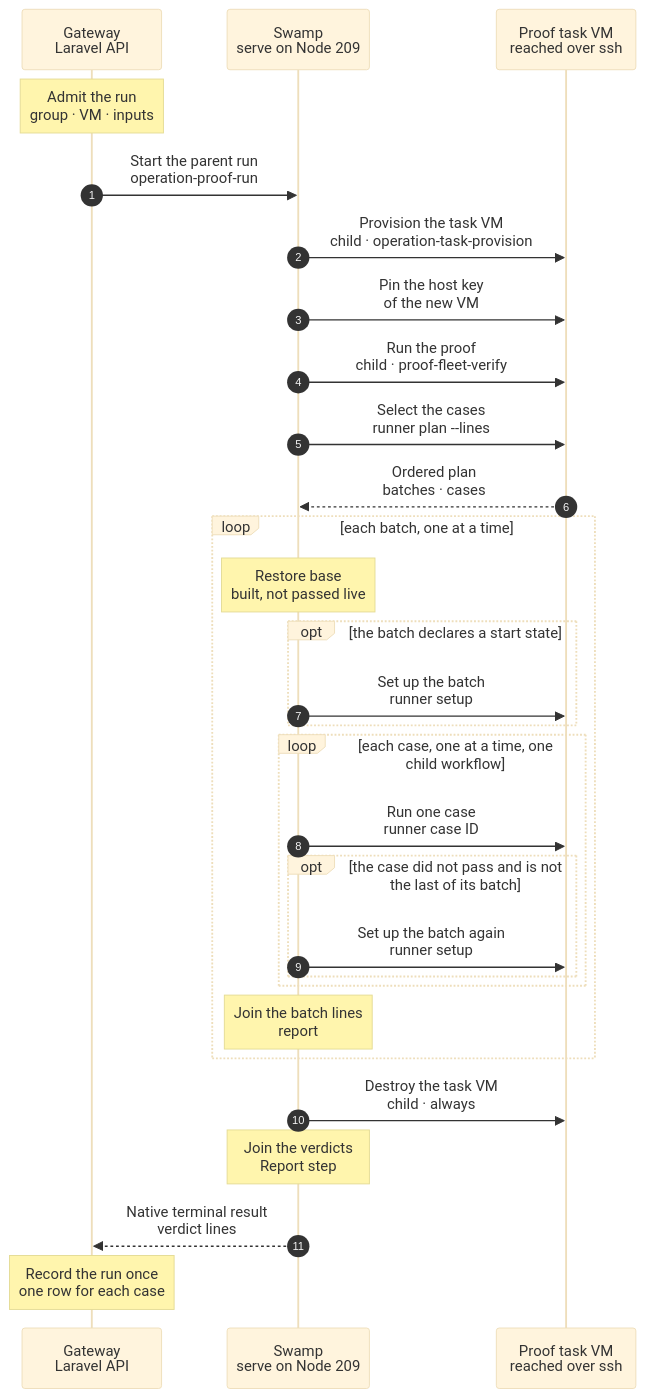
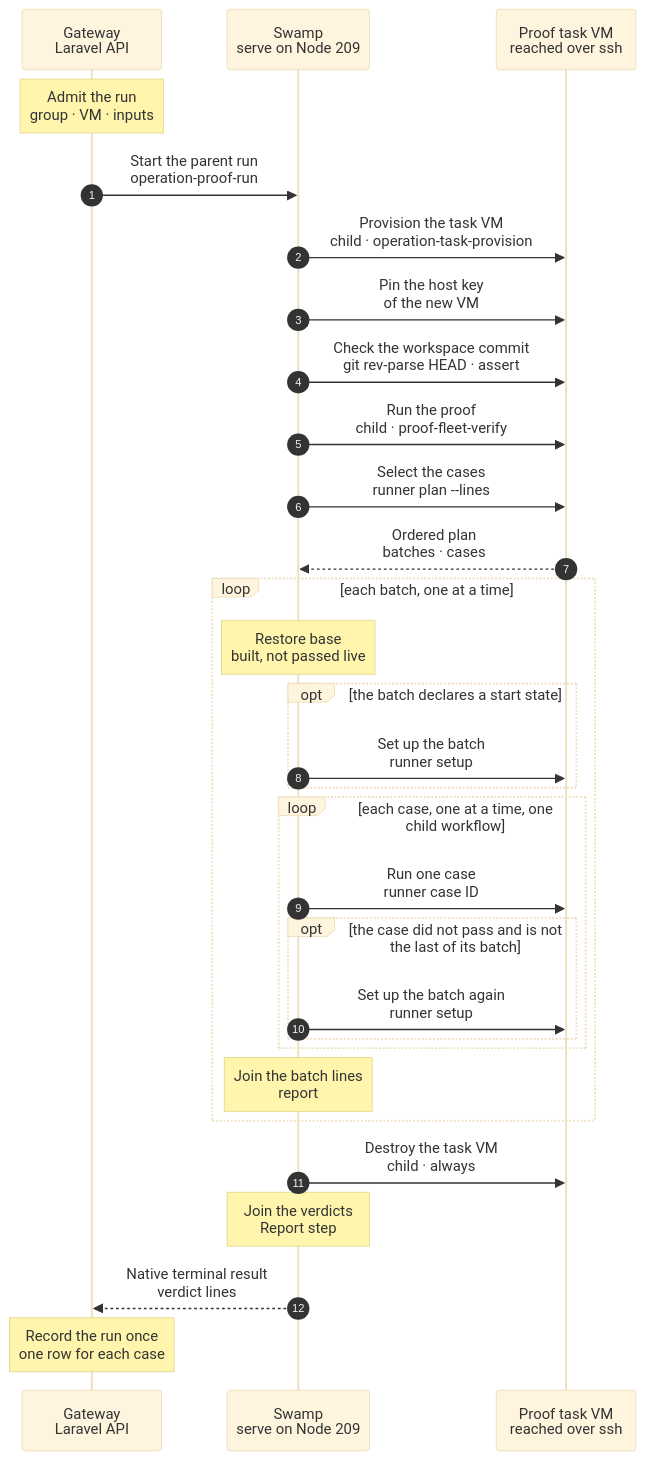
The diagram in docs/cli/proof/command.mmd (hardimpactdev/orbit), drawn with Mermaid (base theme) before and after one commit. The commit also changed 7 other files, not shown here.

First line of the commit message:
Print the commits of a failed workspace check, and list the step in the kind charts

```diff
--- a/docs/cli/proof/command.mmd
+++ b/docs/cli/proof/command.mmd
@@ -1,71 +1,77 @@
 sequenceDiagram
   %% Target design: the run of one command of proof:run on a proof task VM of its own (Nick + orchestrator, 2026-11-05). The Gateway admits the intent of the run; Orbit's own Swamp runs the provision, the cases and the destruction of the VM as children of the workflow operation-proof-run; the Gateway projects the run once. The cases are the workflow proof-fleet-verify and its batch and case children.
   %% status: draft
   %% command: none · started by proof:run
   %% kind: proof.command
   autonumber
   %% lane GW icon=gateway pill=intent tone=blue
   %% lane SW icon=workflow pill=executes tone=green
   %% lane VM icon=server pill=target tone=purple
   participant GW as Gateway<br/>Laravel API
   participant SW as Swamp<br/>serve on Node 209
   participant VM as Proof task VM<br/>reached over ssh
   Note over GW: Admit the run<br/>group · VM · inputs
   %%> Requirements:
   %%> - proof:run selected this command and its cases file, and made a task group for it
   %%> What it records:
   %%> - the task provision, the cases file, the pinned SSH target of the VM and the destruction of the VM, all as inputs; no step calls back
   GW->>SW: Start the parent run<br/>operation-proof-run
   SW->>VM: Provision the task VM<br/>child · operation-task-provision
   %%> What it does:
   %%> - the same provision every task uses; stage 2 of the chart of proof:run is part of it
   SW->>VM: Pin the host key<br/>of the new VM
   %%> What it does:
   %%> - fills the host key that the provision observed into the SSH target of the cases
+  SW->>VM: Check the workspace commit<br/>git rev-parse HEAD · assert
+  %%> Decided by the top orchestrator, for Nick's review (2026-11-07):
+  %%> - before any case, the parent reads the HEAD of the workspace of the VM and asserts that it is the commit of the proof (`head` of the verify intent). Try 13's list run went on after the import of its bundle failed and proved a clone of main
+  %%> - on a mismatch, or when git prints no commit, the run fails with `proof.workspace_commit_mismatch` and the result names both commits (`workspace.expected`, `workspace.found`); no case runs and the proof VM is destroyed, or kept with `--keep-failed`. When the SSH read itself fails, the run fails as `proof.run_failed`
+  %%> - this is a second line: it runs after the provision, so a wrong checkout still costs the provision; the gate of the provision stops it earlier
+  %%> - the nested Nodes mount the same directory as a disk device, so one read covers them. See the stage 3 chart
   SW->>VM: Run the proof<br/>child · proof-fleet-verify
   %%> Inputs:
   %%> - the cases file of the command, the checkout path, the group and the pinned SSH target of the VM
   %%> - no secret
   SW->>VM: Select the cases<br/>runner plan --lines
   %%> What it does:
   %%> - one line a batch, `BATCH SETUP CASE...`, in the order of `swamp/proof/batches.yaml`; inside a batch, in file order
   VM-->>SW: Ordered plan<br/>batches · cases
   loop each batch, one at a time
     Note over SW: Restore base<br/>built, not passed live
     %%> Built, not yet passed live:
     %%> - the restore of `base` before each batch is the workflow `proof-fleet-restore`, a step of the batch workflow; 0 of 2 runs succeeded by 2026-11-06; the old restore was removed
     opt the batch declares a start state
       SW->>VM: Set up the batch<br/>runner setup
       %%> What it does:
       %%> - runs the setup steps of the batch; a setup that fails or is not built stops the run
     end
     loop each case, one at a time, one child workflow
       SW->>VM: Run one case<br/>runner case ID
       %%> What it does:
       %%> - the step allows failure, so a failed case does not stop its batch
       %%> Returns:
       %%> - one JSON line of at most 1 KB: the case id, the verdict, the cause, the seconds and the failed checks
       opt the case did not pass and is not the last of its batch
         SW->>VM: Set up the batch again<br/>runner setup
         %%> Why:
         %%> - a failed case can leave anything behind; the setup of the batch runs again
         %%> - the last case of a batch skips it
         %%> Built, not yet passed live:
         %%> - the restore of `base` before the setup is the workflow `proof-fleet-restore` (0 of 2 runs succeeded by 2026-11-06); the old restore was removed
       end
     end
     Note over SW: Join the batch lines<br/>report
     %%> What it does:
     %%> - a case that printed no line is `failed` with cause `infrastructure`; a case that did not run is `unrun` with cause `infrastructure`
   end
   SW->>VM: Destroy the task VM<br/>child · always
   %%> What it does:
   %%> - runs after success and after failure, so no VM is left behind
   %%> - with `keep_failed` (see the chart of `proof:run`) a run that failed for any reason, also in its setup, skips it and the Gateway cancels the group 60 minutes later
   Note over SW: Join the verdicts<br/>Report step
   %%> What it does:
   %%> - every case of the plan has one line, in plan order; the Gateway reads this step once, when the run ends
   SW-->>GW: Native terminal result<br/>verdict lines
   Note over GW: Record the run once<br/>one row for each case
   %%> Result:
   %%> - the Gateway records the VM, the verdicts and the end of the group, then closes the proof of the CLI when this was its last run
```
